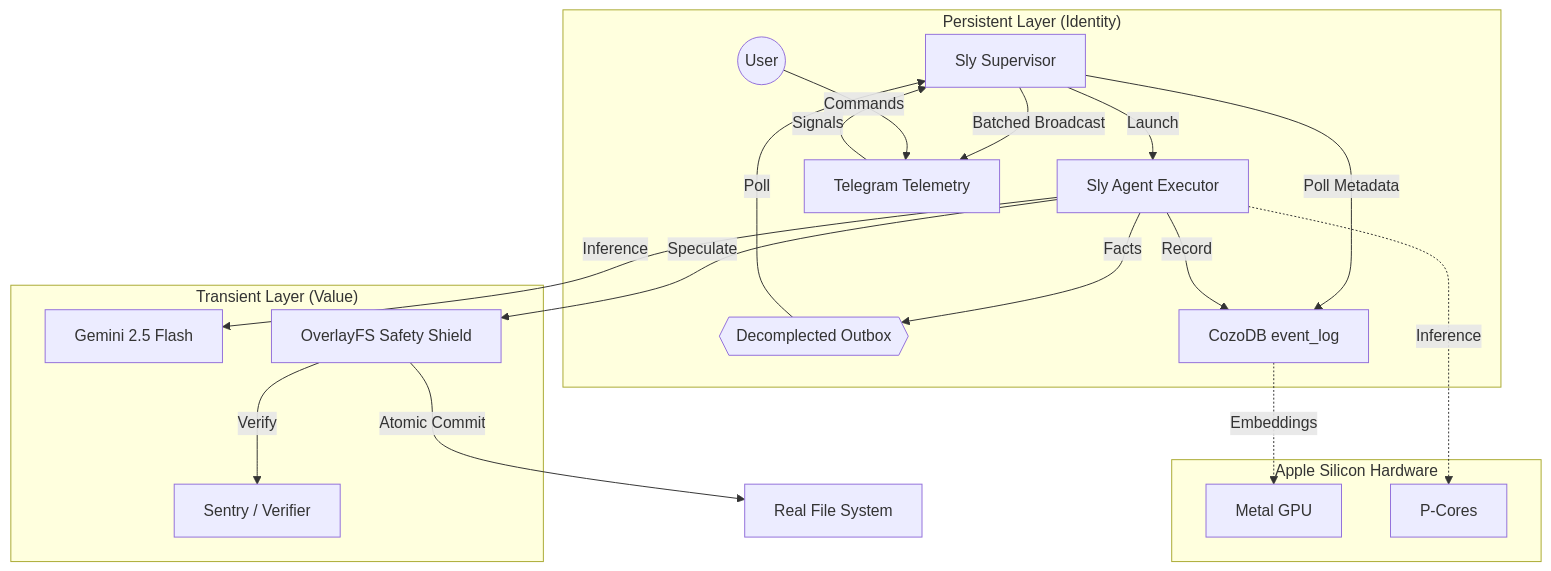
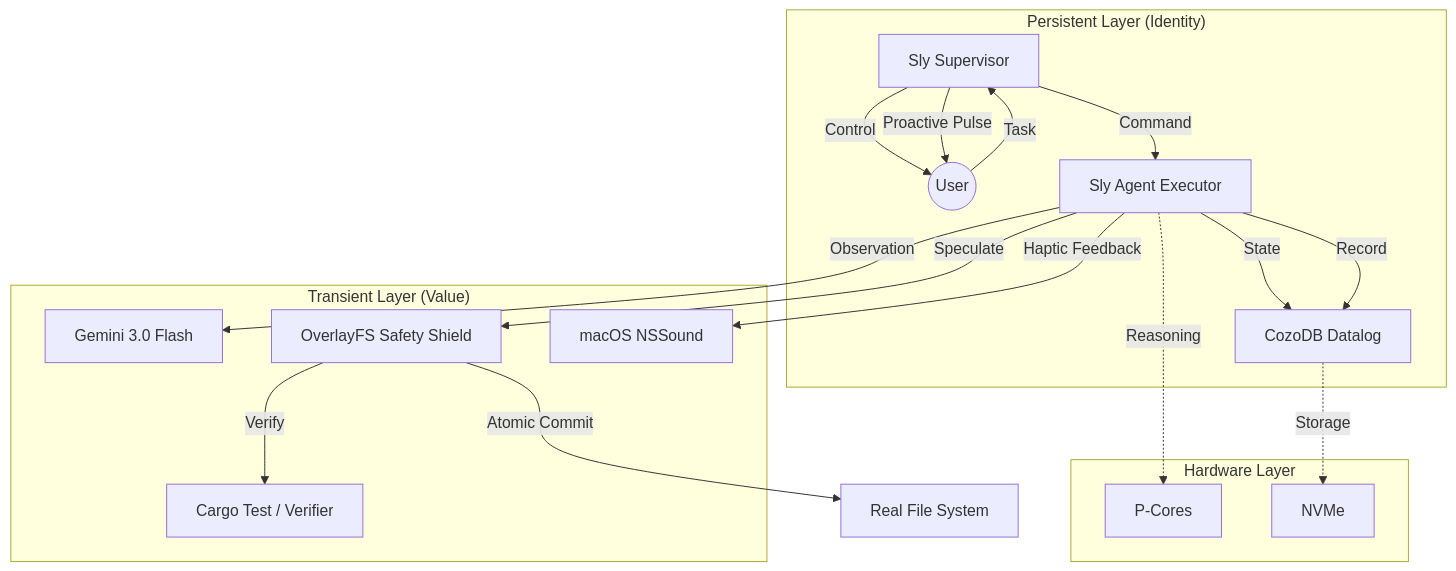
One commit to criticalinsight/sly changed the diagram in ARCHITECTURE.md. Above: the diagram before and after it, drawn with Mermaid. The commit also changed other lines of this file and 70 other files, not shown here.

````diff
--- a/ARCHITECTURE.md
+++ b/ARCHITECTURE.md
@@ -15,26 +16,25 @@
 ```mermaid
 graph TD
     subgraph "Persistent Layer (Identity)"
-        Sup[Sly Supervisor] -->|Launch| Exec[Sly Agent Executor]
-        Exec -->|Facts| Outbox{{Decomplected Outbox}}
-        Outbox -->|Poll| Sup
-        Sup -->|Poll Metadata| Cozo[CozoDB event_log]
-        Sup -->|Batched Broadcast| Tele[Telegram Telemetry]
-        User((User)) -->|Commands| Tele
-        Tele -->|Signals| Sup
+        Sup[Sly Supervisor] -->|Control| User((User))
+        User -->|Task| Sup
+        Sup -->|Proactive Pulse| User
+        Sup -->|Command| Exec[Sly Agent Executor]
+        Exec -->|State| Cozo[CozoDB Datalog]
     end
 
     subgraph "Transient Layer (Value)"
-        Exec -->|Inference| Gemini[Gemini 2.5 Flash]
+        Exec -->|Observation| Gemini[Gemini 3.0 Flash]
         Exec -->|Speculate| Overlay[OverlayFS Safety Shield]
-        Overlay -->|Verify| Sentry[Sentry / Verifier]
+        Overlay -->|Verify| Tests[Cargo Test / Verifier]
+        Exec -->|Haptic Feedback| Mac[macOS NSSound]
         Exec -->|Record| Cozo
     end
 
-    subgraph "Apple Silicon Hardware"
-        Cozo -.->|Embeddings| Metal[Metal GPU]
-        Exec -.->|Inference| PCore[P-Cores]
+    subgraph "Hardware Layer"
+        Exec -.->|Reasoning| PCore[P-Cores]
+        Cozo -.->|Storage| SSD[NVMe]
     end
     
     Overlay -->|Atomic Commit| FS[Real File System]
 ```
````
